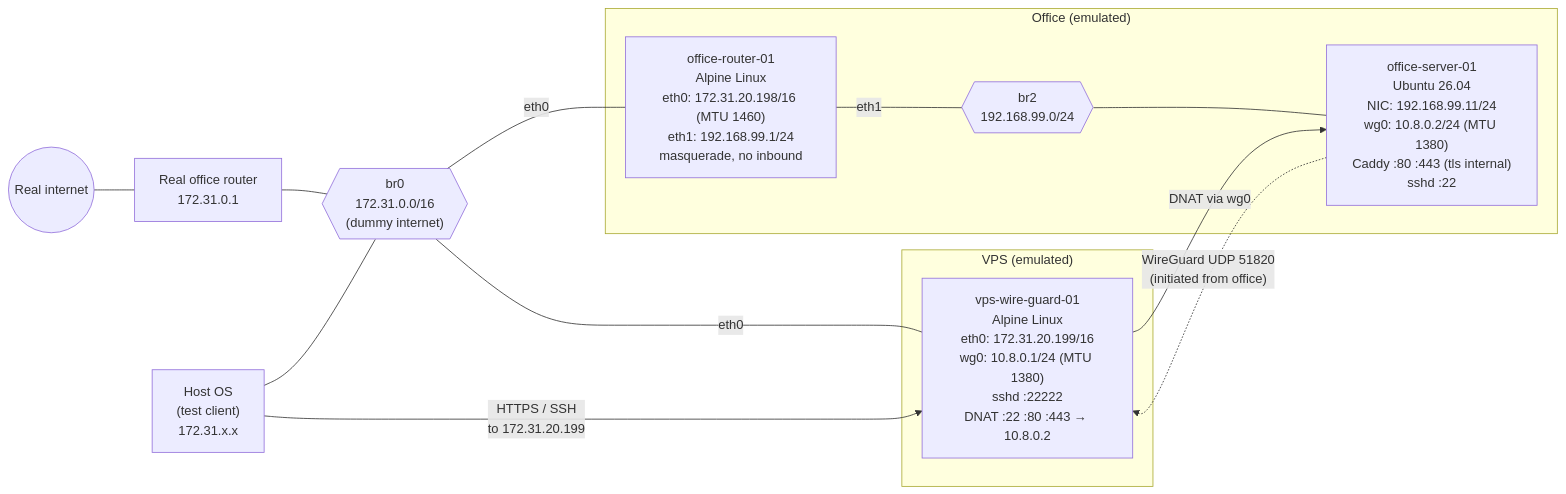
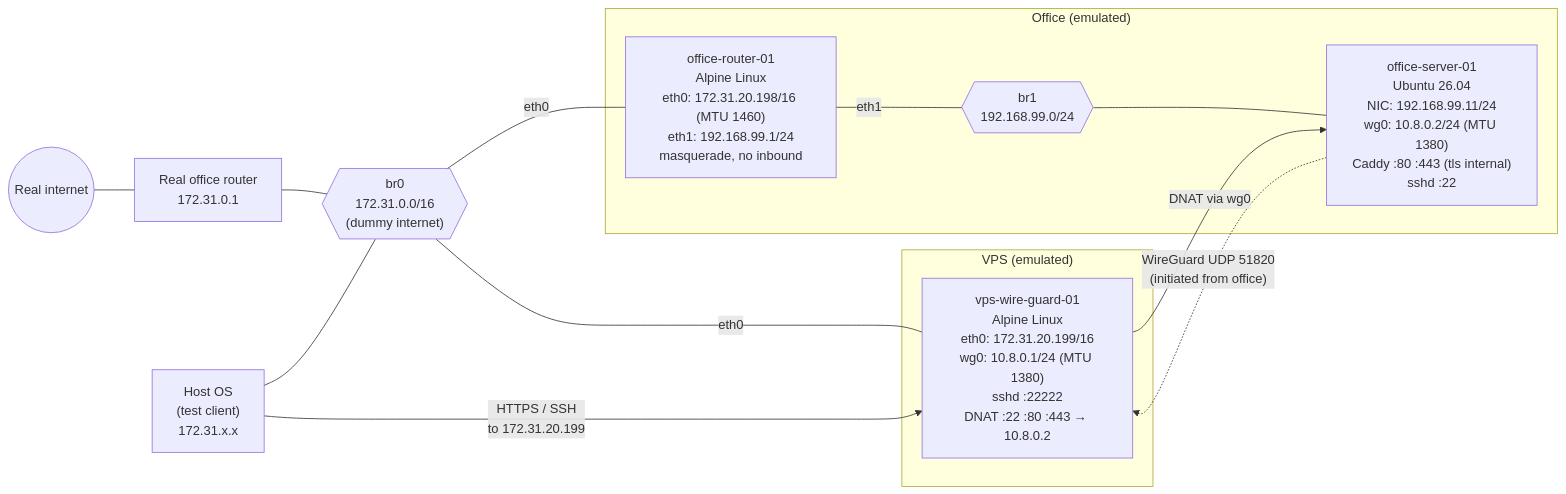
One commit to hobby-labs/note2 changed the first of 2 diagrams in 20_WireGuard/01_DevTunnelToOffice/README.md. Above: the diagram before and after it, drawn with Mermaid. The commit also changed other lines of this file, not shown here.

````diff
--- a/20_WireGuard/01_DevTunnelToOffice/README.md
+++ b/20_WireGuard/01_DevTunnelToOffice/README.md
@@ -8,28 +8,28 @@
 ```mermaid
 flowchart LR
     internet(("Real internet"))
     gw["Real office router<br/>172.31.0.1"]
     br0{{"br0<br/>172.31.0.0/16<br/>(dummy internet)"}}
     host["Host OS<br/>(test client)<br/>172.31.x.x"]
 
     subgraph vps_service["VPS (emulated)"]
         vps["vps-wire-guard-01<br/>Alpine Linux<br/>eth0: 172.31.20.199/16<br/>wg0: 10.8.0.1/24 (MTU 1380)<br/>sshd :22222<br/>DNAT :22 :80 :443 → 10.8.0.2"]
     end
 
     subgraph office["Office (emulated)"]
         or["office-router-01<br/>Alpine Linux<br/>eth0: 172.31.20.198/16 (MTU 1460)<br/>eth1: 192.168.99.1/24<br/>masquerade, no inbound"]
-        br2{{"br2<br/>192.168.99.0/24"}}
+        br1{{"br1<br/>192.168.99.0/24"}}
         os["office-server-01<br/>Ubuntu 26.04<br/>NIC: 192.168.99.11/24<br/>wg0: 10.8.0.2/24 (MTU 1380)<br/>Caddy :80 :443 (tls internal)<br/>sshd :22"]
     end
 
     internet --- gw --- br0
     host --- br0
     br0 ---|eth0| vps
     br0 ---|eth0| or
-    or ---|eth1| br2
-    br2 --- os
+    or ---|eth1| br1
+    br1 --- os
 
     os -.->|"WireGuard UDP 51820<br/>(initiated from office)"| vps
     host -->|"HTTPS / SSH<br/>to 172.31.20.199"| vps
     vps -->|"DNAT via wg0"| os
 ```
````
